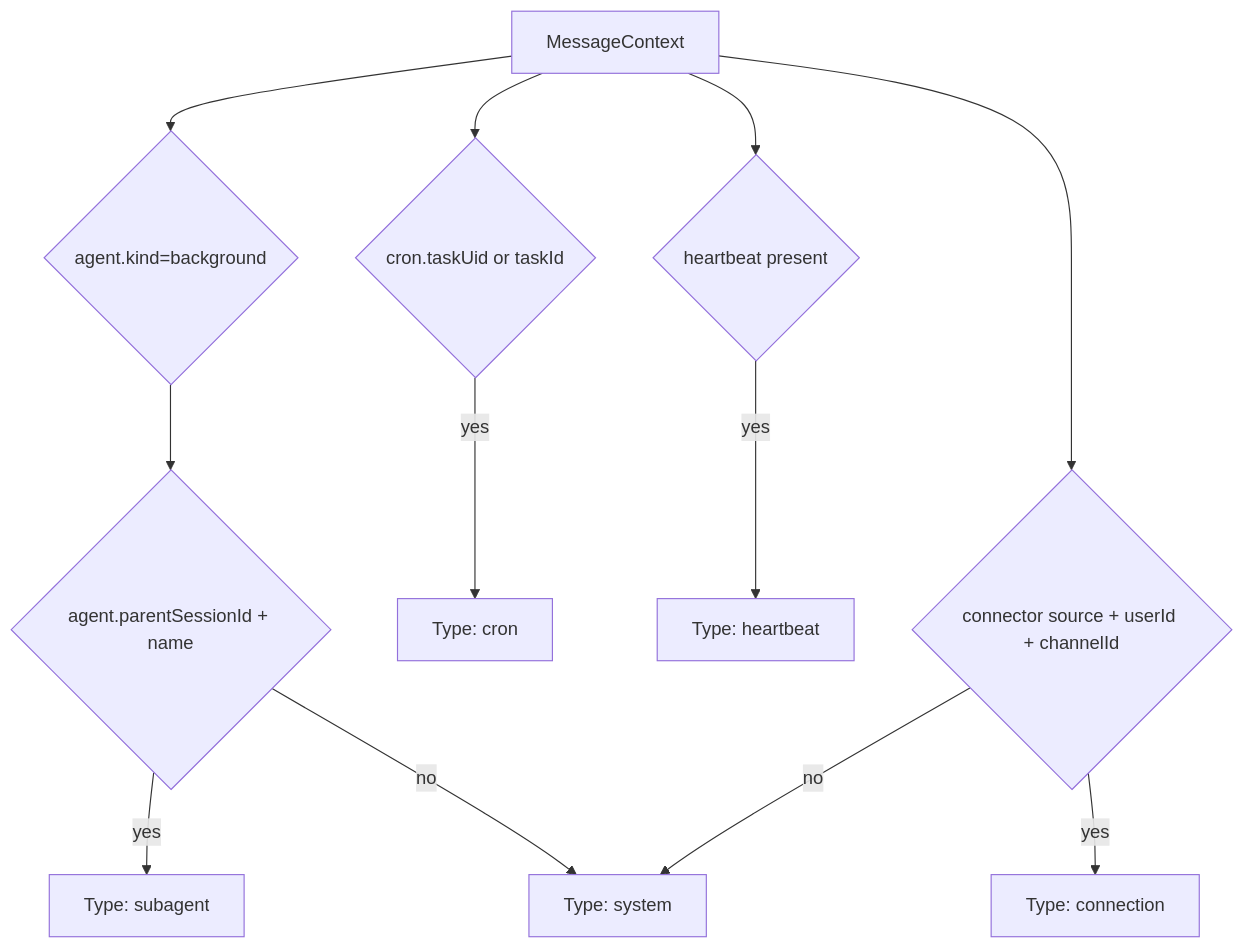
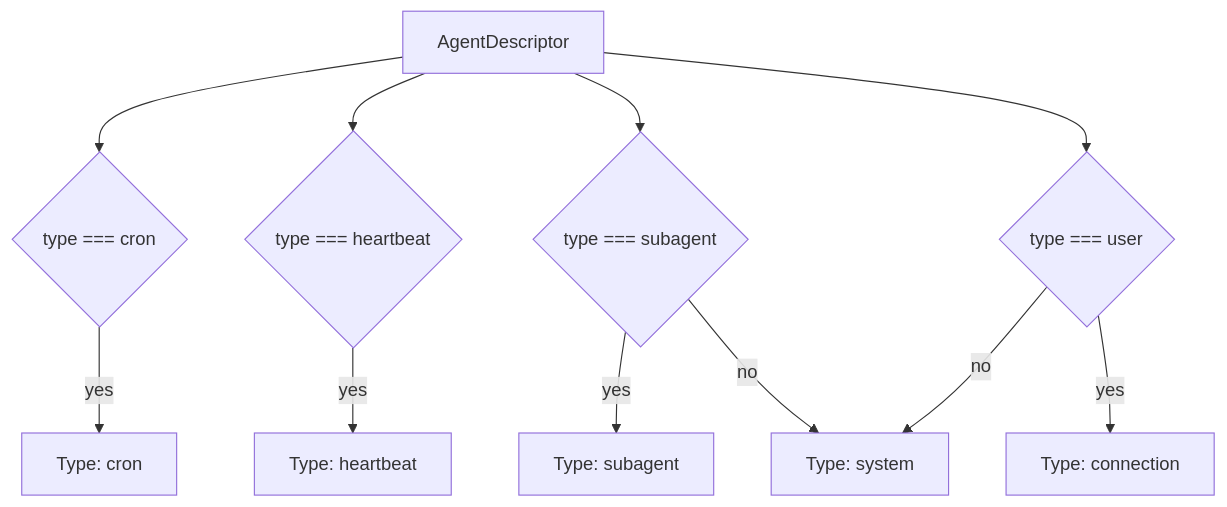
The third of 8 diagrams in docs/dashboard.md (ex3ndr/claybot), drawn with Mermaid before and after one commit. The commit also changed other lines of this file and 138 other files, not shown here.

Commit message:
refactor(engine): move to agent-first system

````diff
--- a/docs/dashboard.md
+++ b/docs/dashboard.md
@@ -35,14 +35,13 @@
 ```mermaid
 flowchart TD
-  Context[MessageContext] --> Cron{cron.taskUid or taskId}
-  Context --> Heartbeat{heartbeat present}
-  Context --> Agent{agent.kind=background}
-  Context --> Connection{connector source + userId + channelId}
+  Descriptor[AgentDescriptor] --> Cron{type === cron}
+  Descriptor --> Heartbeat{type === heartbeat}
+  Descriptor --> Subagent{type === subagent}
+  Descriptor --> Connection{type === user}
   Cron -->|yes| CronType[Type: cron]
   Heartbeat -->|yes| HeartbeatType[Type: heartbeat]
-  Agent --> Parent{agent.parentSessionId + name}
-  Parent -->|yes| Subagent[Type: subagent]
-  Parent -->|no| System[Type: system]
+  Subagent -->|yes| SubagentType[Type: subagent]
   Connection -->|yes| ConnectionType[Type: connection]
+  Subagent -->|no| System[Type: system]
   Connection -->|no| System
 ```
````
